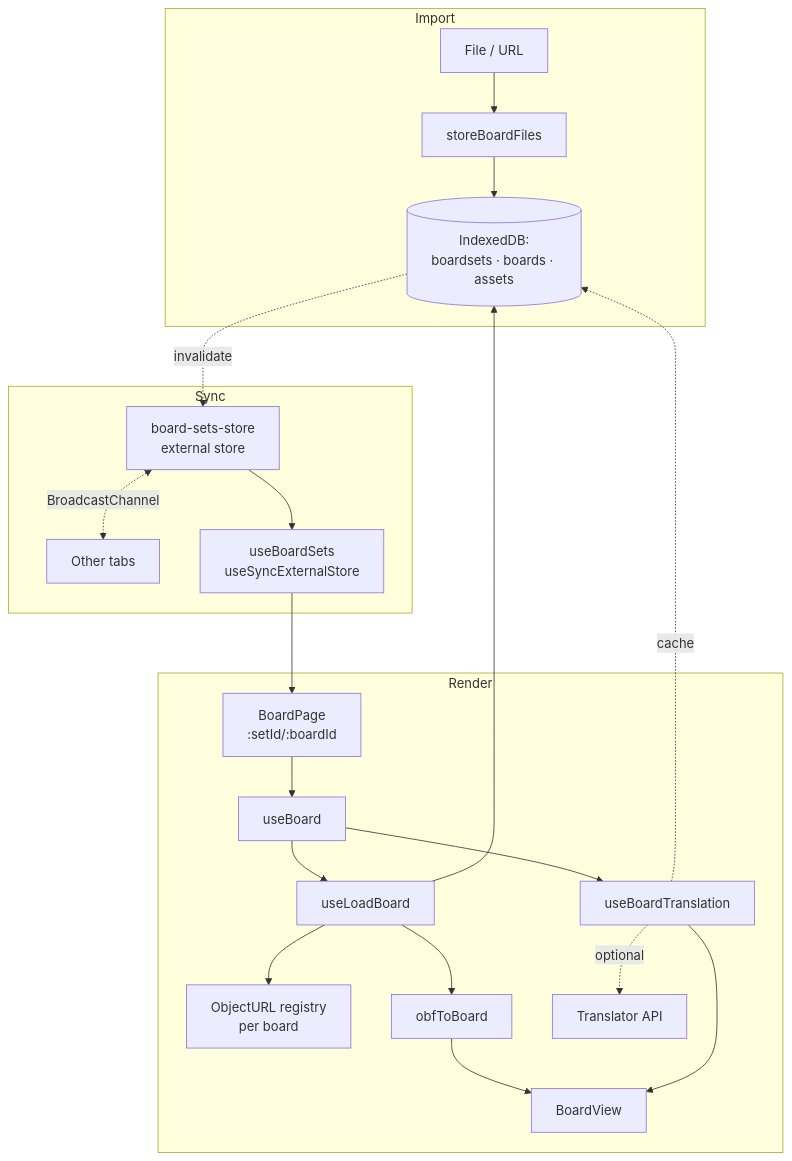
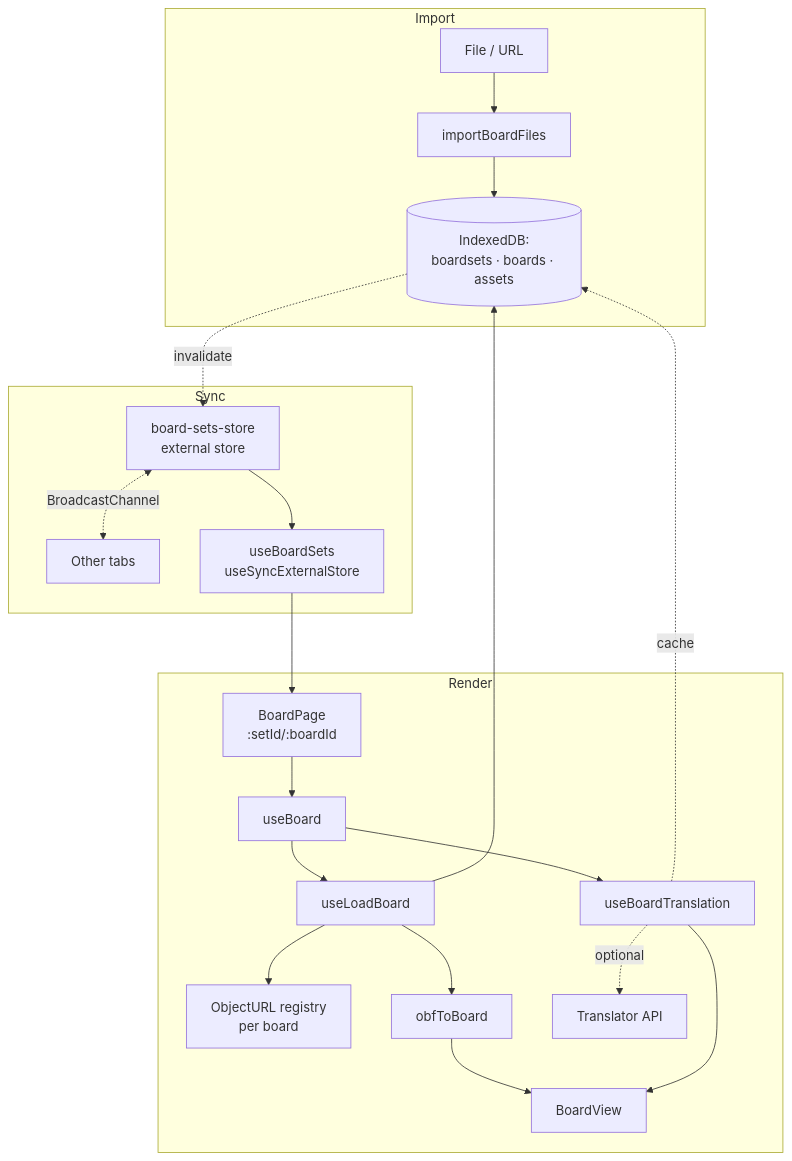
Before and after one commit to shayc/aac-board-ai: the diagram in docs/architecture.md, drawn with Mermaid. The commit also changed other lines of this file and 37 other files, not shown here.

````diff
--- a/docs/architecture.md
+++ b/docs/architecture.md
@@ -74,28 +74,28 @@
 ```mermaid
 flowchart TD
   subgraph Import
-    A[File / URL] --> B[storeBoardFiles]
+    A[File / URL] --> B[importBoardFiles]
     B --> C[(IndexedDB:<br/>boardsets · boards · assets)]
   end
 
   subgraph Sync
     C -. invalidate .-> D[board-sets-store<br/>external store]
     D <-. BroadcastChannel .-> D2[Other tabs]
     D --> E[useBoardSets<br/>useSyncExternalStore]
   end
 
   subgraph Render
     F[BoardPage<br/>:setId/:boardId] --> G[useBoard]
     G --> H[useLoadBoard]
     H --> C
     H --> I[ObjectURL registry<br/>per board]
     H --> J[obfToBoard]
     G --> K[useBoardTranslation]
     K -. optional .-> L[Translator API]
     K -. cache .-> C
     J --> M[BoardView]
     K --> M
   end
 
   E --> F
 ```
````
